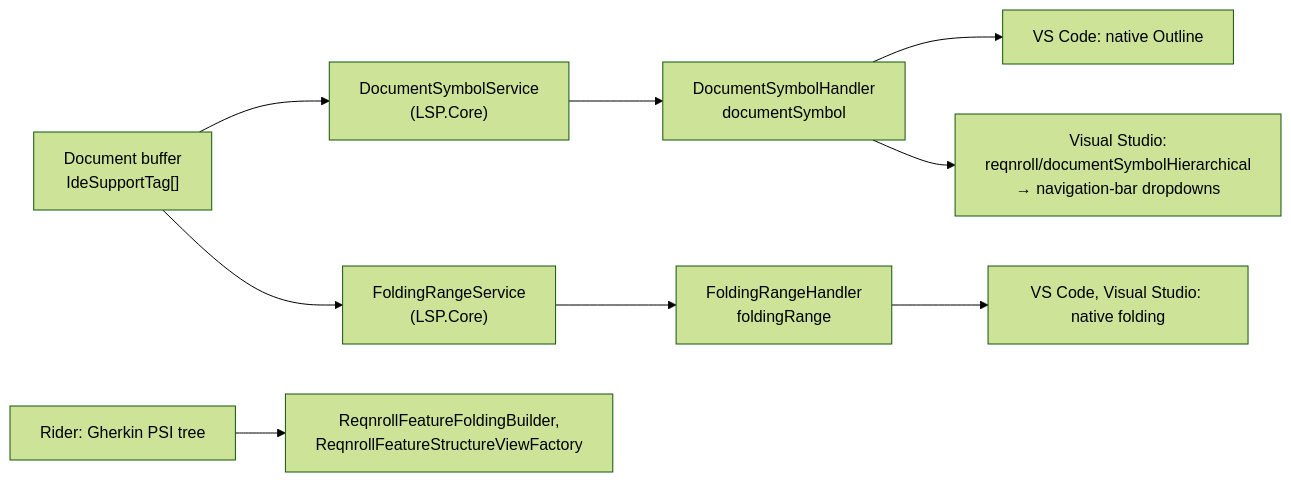
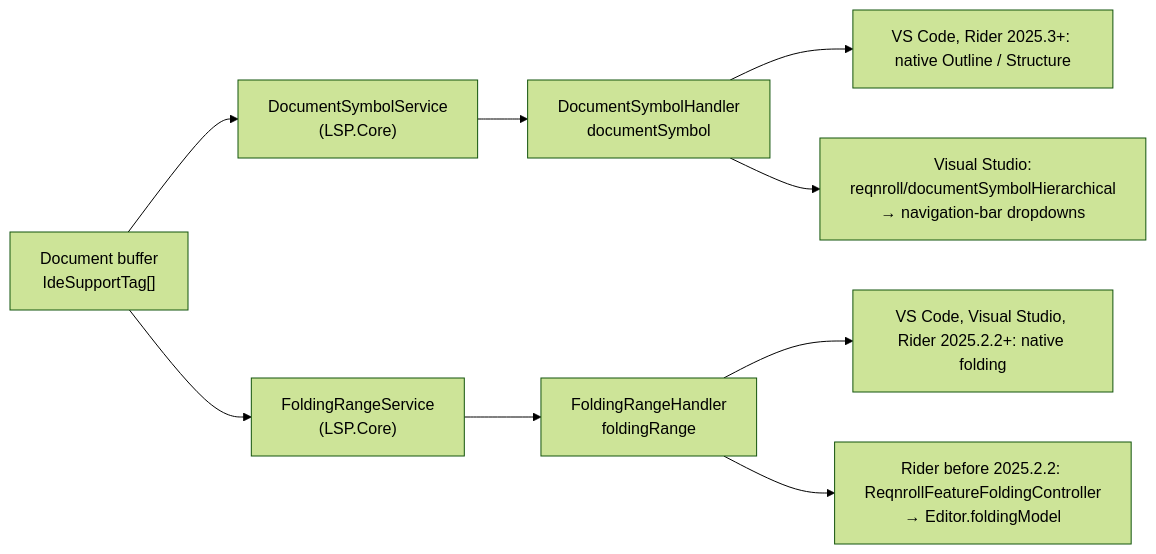
One commit to reqnroll/Reqnroll.IdeSupport changed the first of 2 diagrams in docs/features/outline-and-folding.md. Above: the diagram before and after it, drawn with Mermaid (forest theme). The commit also changed other lines of this file and 15 other files, not shown here.

First line of the commit message:
Drive Rider folding from the server's ranges in every IDE

````diff
--- a/docs/features/outline-and-folding.md
+++ b/docs/features/outline-and-folding.md
@@ -17,11 +17,11 @@
 ```mermaid
 flowchart LR
     TAG["Document buffer<br/>IdeSupportTag[]"] --> DSS["DocumentSymbolService<br/>(LSP.Core)"]
     TAG --> FRS["FoldingRangeService<br/>(LSP.Core)"]
     DSS --> DSH["DocumentSymbolHandler<br/>documentSymbol"]
     FRS --> FRH["FoldingRangeHandler<br/>foldingRange"]
-    DSH --> VSC["VS Code: native Outline"]
+    DSH --> VSC["VS Code, Rider 2025.3+: native Outline / Structure"]
     DSH --> VSN["Visual Studio:<br/>reqnroll/documentSymbolHierarchical<br/>→ navigation-bar dropdowns"]
-    FRH --> VSF["VS Code, Visual Studio: native folding"]
-    TREE["Rider: Gherkin PSI tree"] --> RDF["ReqnrollFeatureFoldingBuilder,<br/>ReqnrollFeatureStructureViewFactory"]
+    FRH --> VSF["VS Code, Visual Studio, Rider 2025.2.2+: native folding"]
+    FRH --> RDF["Rider before 2025.2.2: ReqnrollFeatureFoldingController<br/>→ Editor.foldingModel"]
 ```
````
